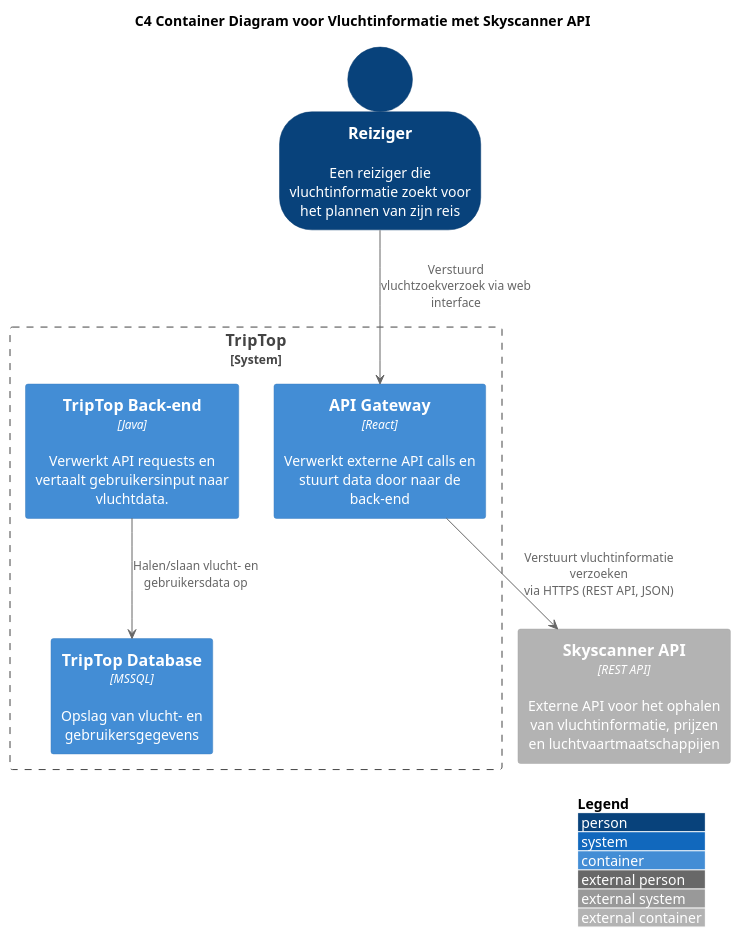
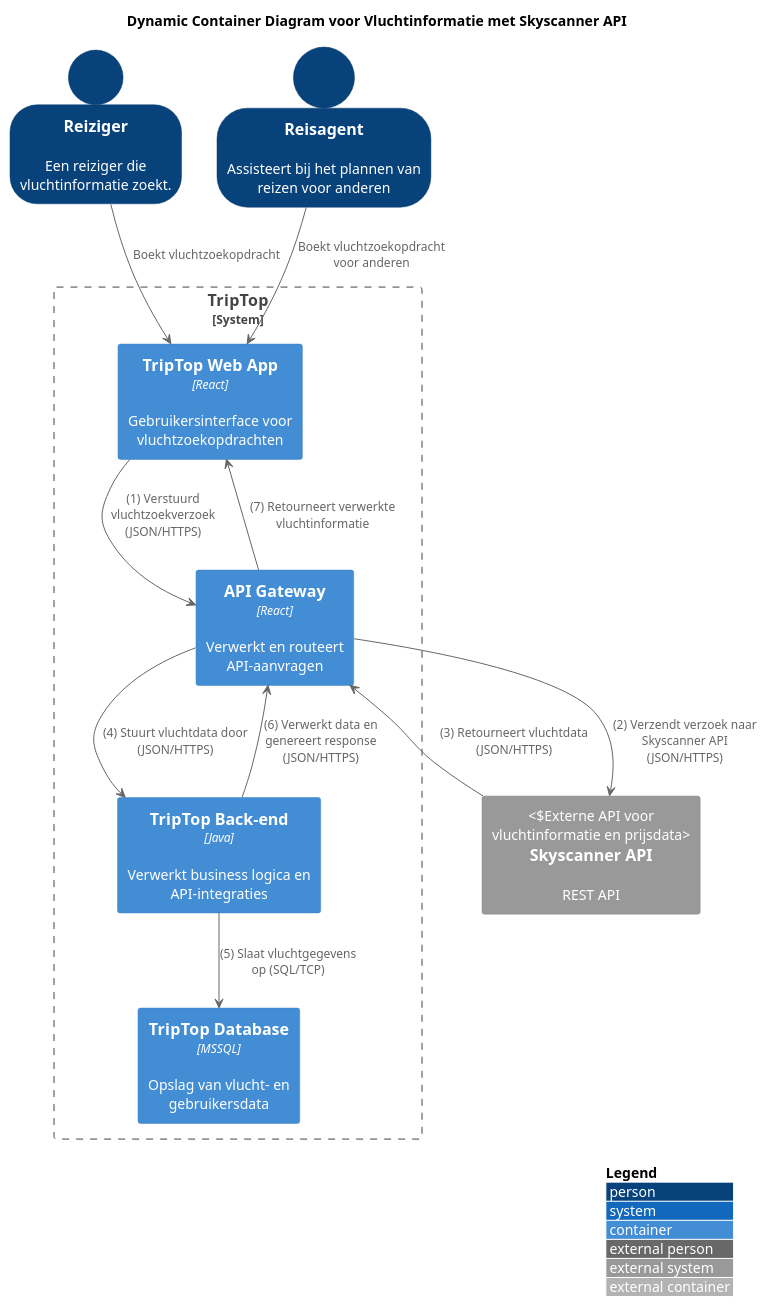
One commit to AIM-ENE-feb25/triptop-jrn changed the diagram in huiswerkJae/V1-dynamicContainerSkyScannerApi.plantuml. Above: the diagram before and after it, drawn with PlantUML. The commit also changed 1 other file, not shown here.

Commit message:
dynamic container reizen en vlucht

```diff
--- a/huiswerkJae/V1-dynamicContainerSkyScannerApi.plantuml
+++ b/huiswerkJae/V1-dynamicContainerSkyScannerApi.plantuml
@@ -1,29 +1,37 @@
 @startuml
-
 !include https://raw.githubusercontent.com/plantuml-stdlib/C4-PlantUML/master/C4_Context.puml
 !include <C4/C4_Container>
 
-title C4 Container Diagram voor Vluchtinformatie met Skyscanner API
+title Dynamic Container Diagram voor Vluchtinformatie met Skyscanner API
 
 LAYOUT_WITH_LEGEND()
 SHOW_PERSON_OUTLINE()
 
-' Definieer een gebruiker die vluchtinformatie opzoekt
-Person(Reiziger, "Reiziger", "Een reiziger die vluchtinformatie zoekt voor het plannen van zijn reis")
+' Personen bovenaan
+Person(Reiziger, "Reiziger", "Een reiziger die vluchtinformatie zoekt.")
+Person(Reisagent, "Reisagent", "Assisteert bij het plannen van reizen voor anderen")
 
-' Definieer de interne systemen binnen de TripTop boundary
+' TripTop system boundary in het midden
 System_Boundary(triptop_core, "TripTop") {
-    Container(backend, "TripTop Back-end", "Java", "Verwerkt API requests en vertaalt gebruikersinput naar vluchtdata.")
-    Container(db, "TripTop Database", "MSSQL", "Opslag van vlucht- en gebruikersgegevens")
-    Container(gateway, "API Gateway", "React", "Verwerkt externe API calls en stuurt data door naar de back-end")
+    Container(ui, "TripTop Web App", "React", "Gebruikersinterface voor vluchtzoekopdrachten")
+    Container(gateway, "API Gateway", "React", "Verwerkt en routeert API-aanvragen")
+    Container(backend, "TripTop Back-end", "Java", "Verwerkt business logica en API-integraties")
+    Container(db, "TripTop Database", "MSSQL", "Opslag van vlucht- en gebruikersdata")
 }
 
-' Definieer het externe systeem voor vluchtinformatie
-Container_Ext(Skyscanner, "Skyscanner API", "REST API", "Externe API voor het ophalen van vluchtinformatie, prijzen en luchtvaartmaatschappijen")
+' Externe systemen onderaan
+System_Ext(skyscanner, "Skyscanner API", "REST API", "Externe API voor vluchtinformatie en prijsdata")
 
-' Relaties
-Reiziger --> gateway : "Verstuurd vluchtzoekverzoek via web interface"
-gateway --> Skyscanner : "Verstuurt vluchtinformatie verzoeken\nvia HTTPS (REST API, JSON)"
-backend --> db : "Halen/slaan vlucht- en gebruikersdata op"
+' Dynamische interacties met genummerde stappen
+Reiziger --> ui : Boekt vluchtzoekopdracht
+Reisagent --> ui : Boekt vluchtzoekopdracht voor anderen
+
+ui --> gateway : (1) Verstuurd vluchtzoekverzoek (JSON/HTTPS)
+gateway --> skyscanner : (2) Verzendt verzoek naar Skyscanner API (JSON/HTTPS)
+skyscanner --> gateway : (3) Retourneert vluchtdata (JSON/HTTPS)
+gateway --> backend : (4) Stuurt vluchtdata door (JSON/HTTPS)
+backend --> db : (5) Slaat vluchtgegevens op (SQL/TCP)
+backend --> gateway : (6) Verwerkt data en genereert response (JSON/HTTPS)
+gateway --> ui : (7) Retourneert verwerkte vluchtinformatie
 
 @enduml
```
